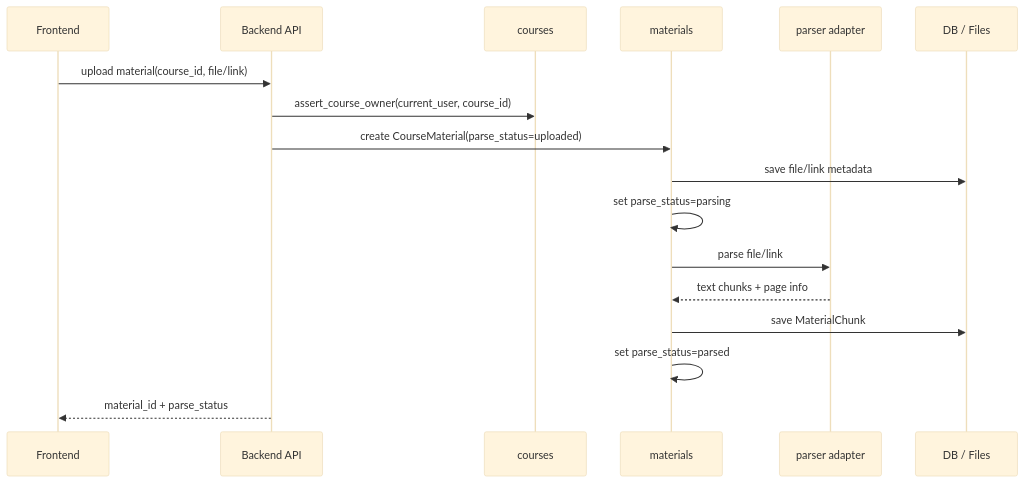
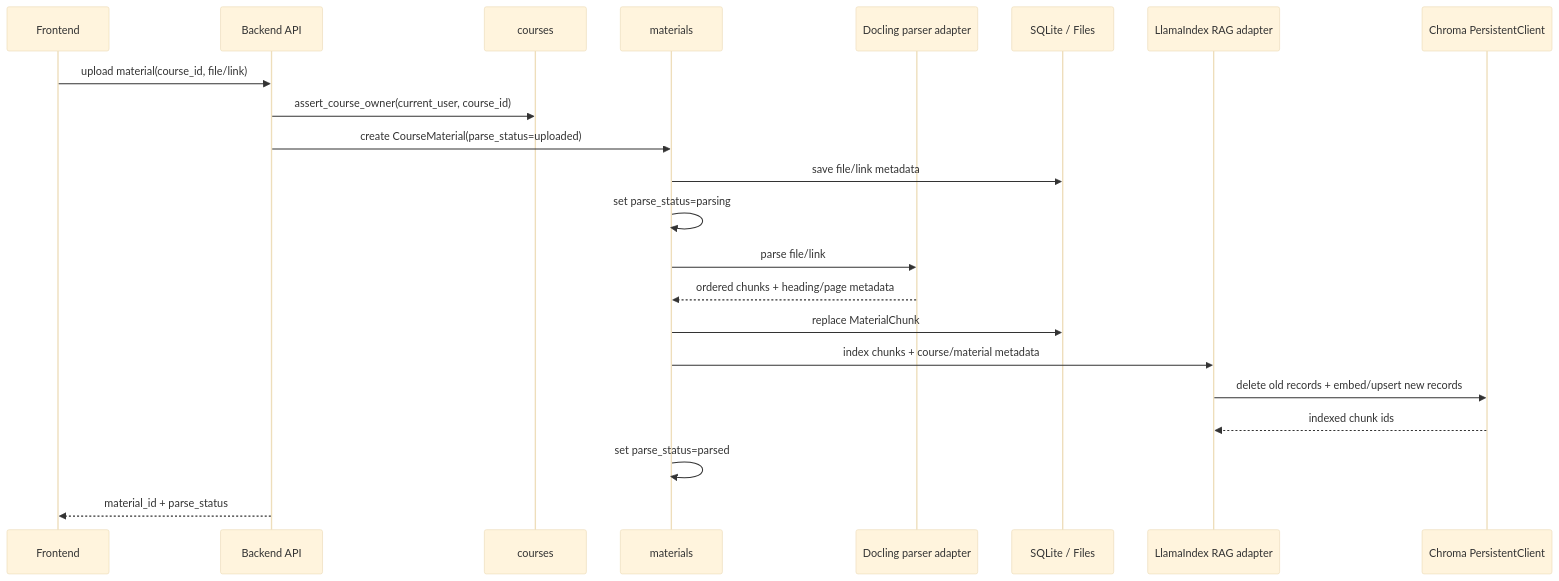
The first of 7 diagrams in docs/architecture/runtime-flows.md (cyruan815/CourseNexus), drawn with Mermaid (base theme) before and after one commit. The commit also changed other lines of this file and 15 other files, not shown here.

Commit message:
docs(architecture): 记录本地 RAG 业务与技术方案

````diff
--- a/docs/architecture/runtime-flows.md
+++ b/docs/architecture/runtime-flows.md
@@ -17,20 +19,25 @@
 ```mermaid
 sequenceDiagram
     participant FE as Frontend
     participant API as Backend API
     participant C as courses
     participant M as materials
-    participant P as parser adapter
-    participant DB as DB / Files
+    participant P as Docling parser adapter
+    participant DB as SQLite / Files
+    participant R as LlamaIndex RAG adapter
+    participant V as Chroma PersistentClient
 
     FE->>API: upload material(course_id, file/link)
     API->>C: assert_course_owner(current_user, course_id)
     API->>M: create CourseMaterial(parse_status=uploaded)
     M->>DB: save file/link metadata
     M->>M: set parse_status=parsing
     M->>P: parse file/link
-    P-->>M: text chunks + page info
-    M->>DB: save MaterialChunk
+    P-->>M: ordered chunks + heading/page metadata
+    M->>DB: replace MaterialChunk
+    M->>R: index chunks + course/material metadata
+    R->>V: delete old records + embed/upsert new records
+    V-->>R: indexed chunk ids
     M->>M: set parse_status=parsed
     API-->>FE: material_id + parse_status
 ```
````
